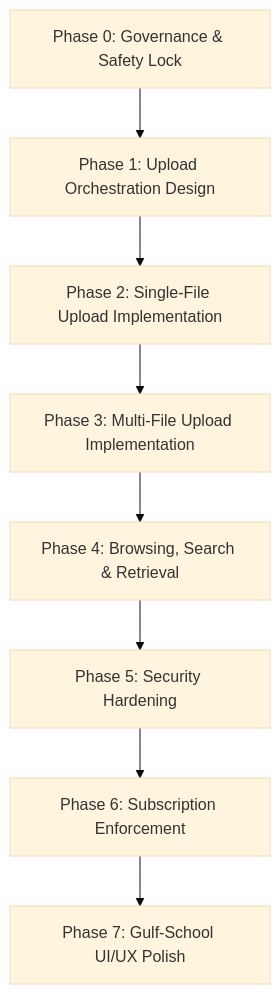
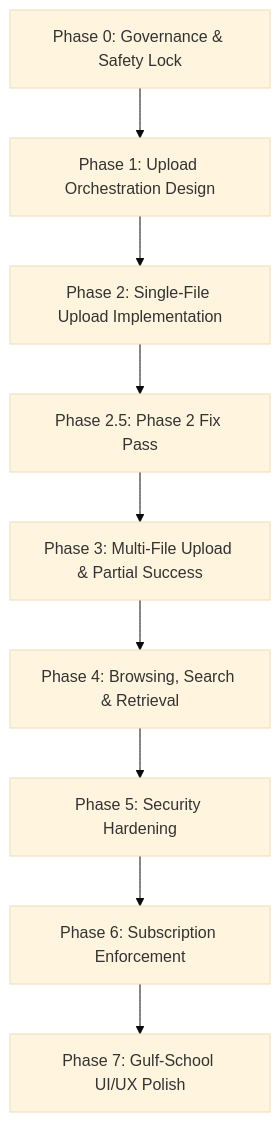
The diagram in docs/agent/ROADMAP.md (Abdelrhman-elsaeed/SchoolArchive), drawn with Mermaid (base theme) before and after one commit. The commit also changed other lines of this file and 152 other files, not shown here.

````diff
--- a/docs/agent/ROADMAP.md
+++ b/docs/agent/ROADMAP.md
@@ -9,10 +9,11 @@
 ```mermaid
 graph TD
     P0[Phase 0: Governance & Safety Lock] --> P1[Phase 1: Upload Orchestration Design]
     P1 --> P2[Phase 2: Single-File Upload Implementation]
-    P2 --> P3[Phase 3: Multi-File Upload Implementation]
+    P2 --> P2_5[Phase 2.5: Phase 2 Fix Pass]
+    P2_5 --> P3[Phase 3: Multi-File Upload & Partial Success]
     P3 --> P4[Phase 4: Browsing, Search & Retrieval]
     P4 --> P5[Phase 5: Security Hardening]
     P5 --> P6[Phase 6: Subscription Enforcement]
     P6 --> P7[Phase 7: Gulf-School UI/UX Polish]
 ```
````
